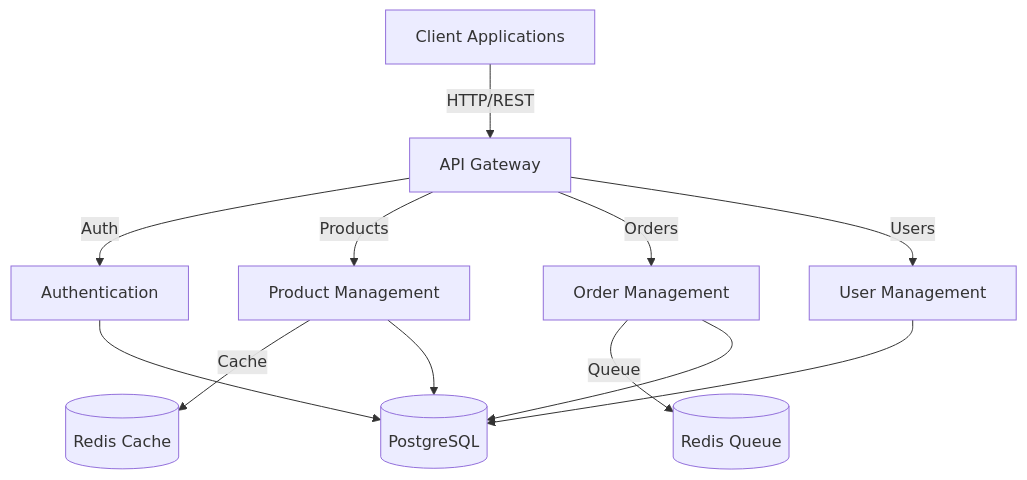
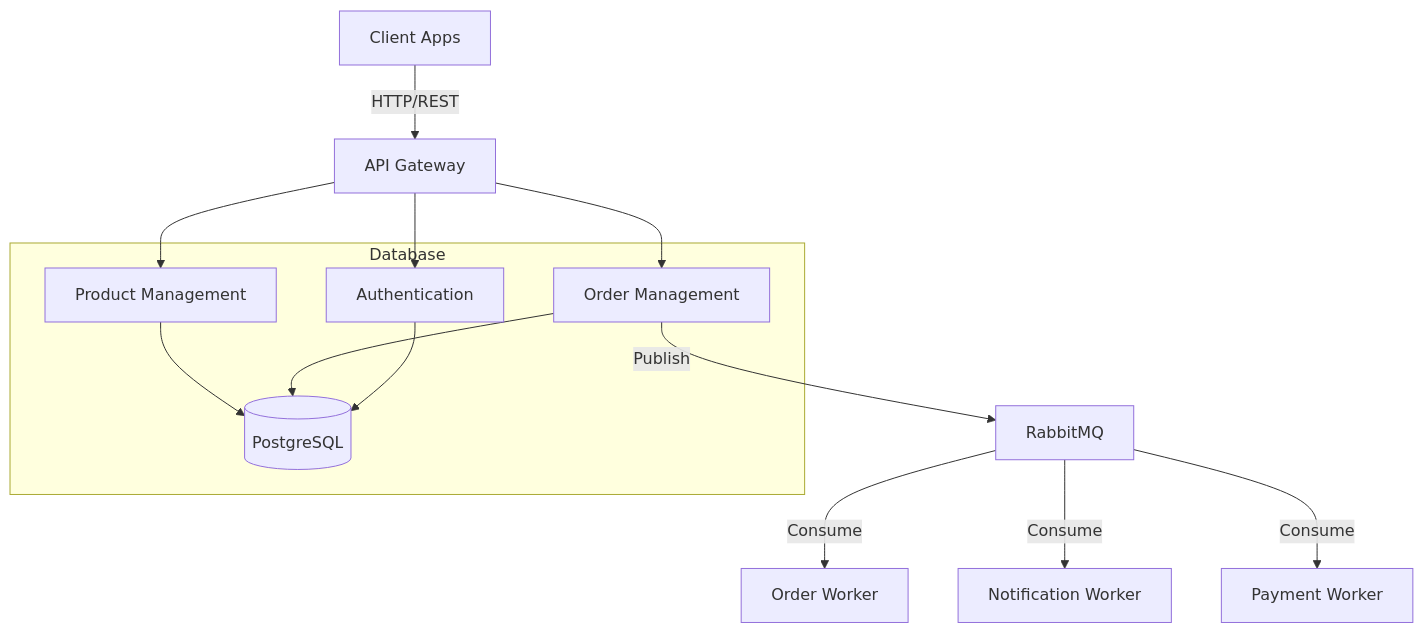
Before and after one commit to kalisaNkevin/Online-Marketplace-API: the diagram in README.md, drawn with Mermaid.

````diff
--- a/README.md
+++ b/README.md
@@ -47,16 +47,18 @@
 ```mermaid
 graph TD
-    Client[Client Applications] -->|HTTP/REST| API[API Gateway]
-    API -->|Auth| Auth[Authentication]
-    API -->|Products| PM[Product Management]
-    API -->|Orders| OM[Order Management]
-    API -->|Users| UM[User Management]
+    Client[Client Apps] -->|HTTP/REST| API[API Gateway]
+    API --> Auth[Authentication]
+    API --> PM[Product Management]
+    API --> OM[Order Management]
     
-    PM -->|Cache| Redis[(Redis Cache)]
-    OM -->|Queue| RQ[(Redis Queue)]
+    OM -->|Publish| RMQ[RabbitMQ]
+    RMQ -->|Consume| OrderWorker[Order Worker]
+    RMQ -->|Consume| NotificationWorker[Notification Worker]
+    RMQ -->|Consume| PaymentWorker[Payment Worker]
     
-    PM --> DB[(PostgreSQL)]
-    OM --> DB
-    UM --> DB
-    Auth --> DB
+    subgraph Database
+        PM --> DB[(PostgreSQL)]
+        OM --> DB
+        Auth --> DB
+    end
 ```
````
